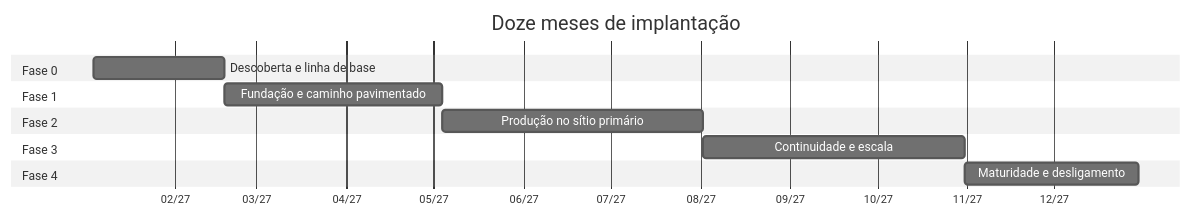
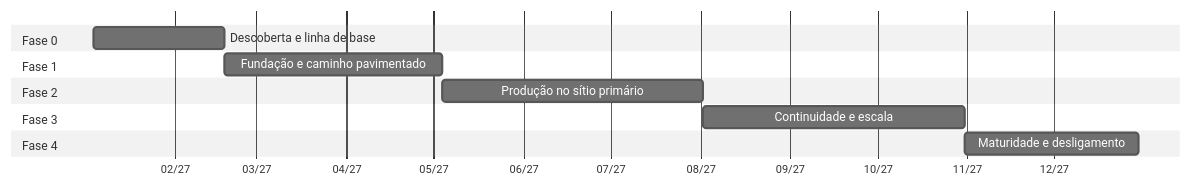
One commit to DiegoAmorimDev/plataforma-entrega-sefaz changed the diagram in docs/08-plano-evolucao.md. Above: the diagram before and after it, drawn with Mermaid (neutral theme). The commit also changed other lines of this file and 12 other files, not shown here.

````diff
--- a/docs/08-plano-evolucao.md
+++ b/docs/08-plano-evolucao.md
@@ -14,21 +16,20 @@
 ```mermaid
 gantt
-    title Doze meses de implantação
     dateFormat YYYY-MM-DD
     axisFormat %m/%y
 
     section Fase 0
     Descoberta e linha de base      :f0, 2027-01-04, 45d
 
     section Fase 1
     Fundação e caminho pavimentado  :f1, after f0, 75d
 
     section Fase 2
     Produção no sítio primário      :f2, after f1, 90d
 
     section Fase 3
     Continuidade e escala           :f3, after f2, 90d
 
     section Fase 4
     Maturidade e desligamento       :f4, after f3, 60d
 ```
````
